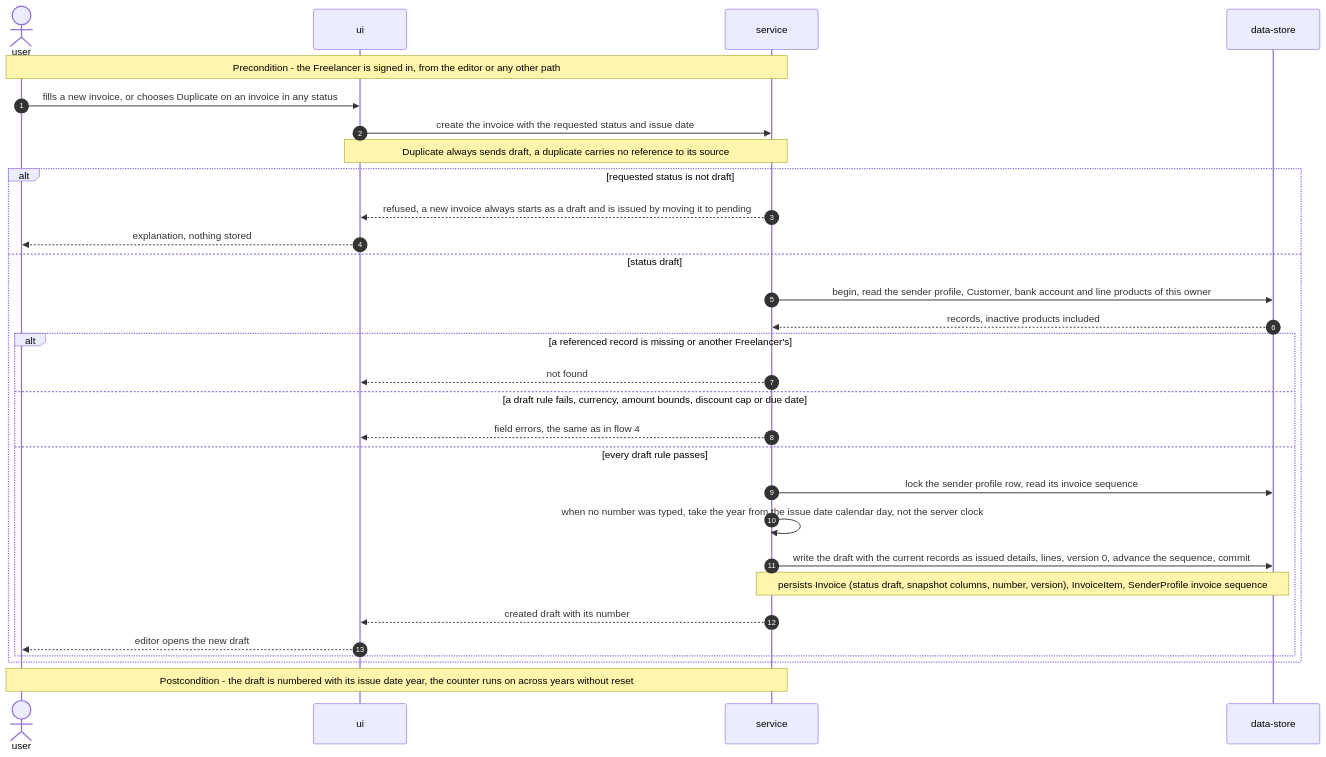
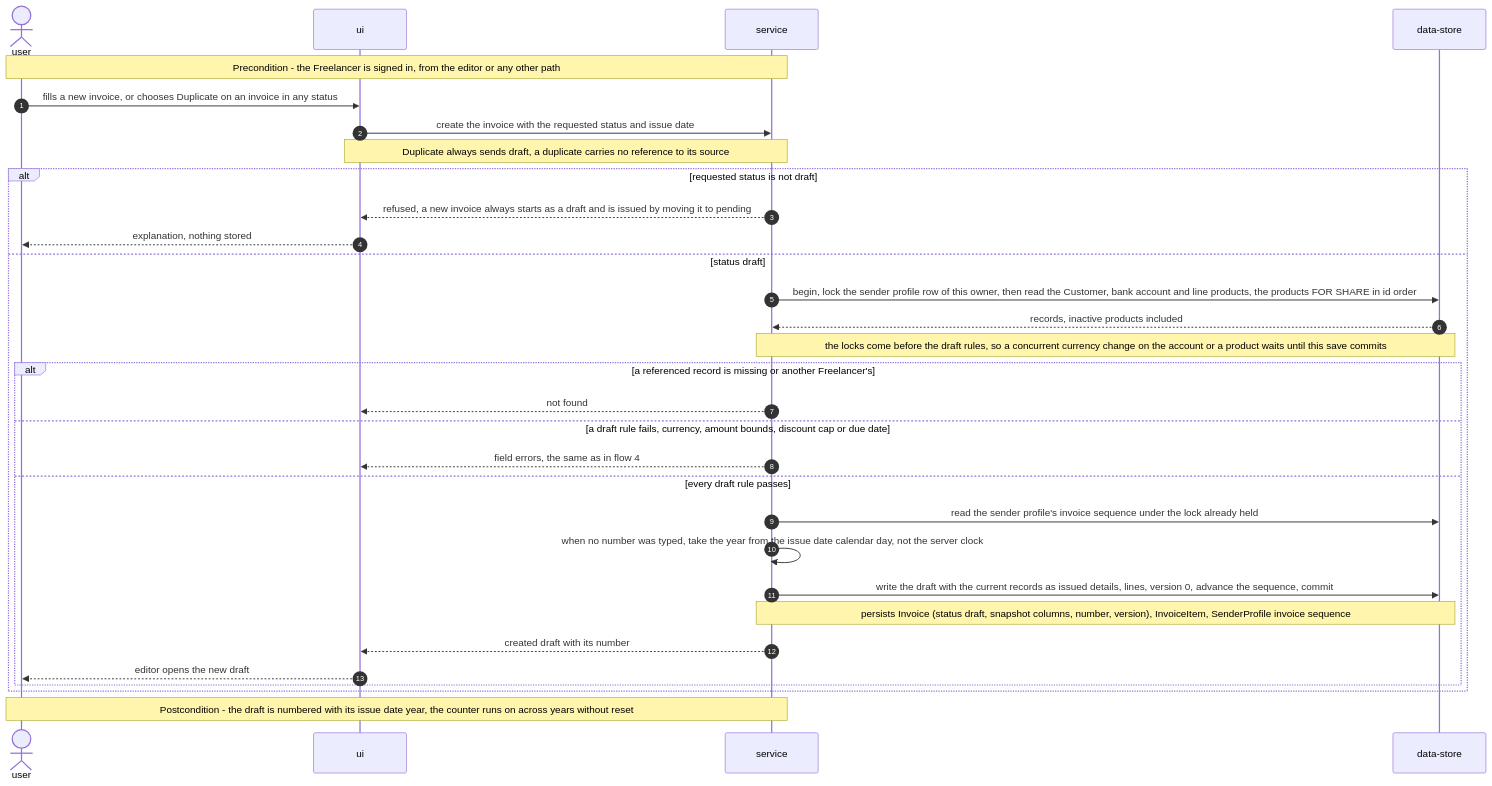
The fifth of 13 diagrams in docs/features/invoice-integrity/sad.md (GopkoDev/invoiceForge), drawn with Mermaid before and after one commit. The commit also changed other lines of this file and 4 other files, not shown here.

First line of the commit message:
docs(invoice-integrity): describe the invoice, sender-profile and product lock order

````diff
--- a/docs/features/invoice-integrity/sad.md
+++ b/docs/features/invoice-integrity/sad.md
@@ -269,33 +269,34 @@
 ```mermaid
 sequenceDiagram
     autonumber
     actor U as user
     participant UI as ui
     participant S as service
     participant D as data-store
 
     Note over U,S: Precondition - the Freelancer is signed in, from the editor or any other path
     U->>UI: fills a new invoice, or chooses Duplicate on an invoice in any status
     UI->>S: create the invoice with the requested status and issue date
     Note over UI,S: Duplicate always sends draft, a duplicate carries no reference to its source
     alt requested status is not draft
         S-->>UI: refused, a new invoice always starts as a draft and is issued by moving it to pending
         UI-->>U: explanation, nothing stored
     else status draft
-        S->>D: begin, read the sender profile, Customer, bank account and line products of this owner
+        S->>D: begin, lock the sender profile row of this owner, then read the Customer, bank account and line products, the products FOR SHARE in id order
         D-->>S: records, inactive products included
+        Note over S,D: the locks come before the draft rules, so a concurrent currency change on the account or a product waits until this save commits
         alt a referenced record is missing or another Freelancer's
             S-->>UI: not found
         else a draft rule fails, currency, amount bounds, discount cap or due date
             S-->>UI: field errors, the same as in flow 4
         else every draft rule passes
-            S->>D: lock the sender profile row, read its invoice sequence
+            S->>D: read the sender profile's invoice sequence under the lock already held
             S->>S: when no number was typed, take the year from the issue date calendar day, not the server clock
             S->>D: write the draft with the current records as issued details, lines, version 0, advance the sequence, commit
             Note over S,D: persists Invoice (status draft, snapshot columns, number, version), InvoiceItem, SenderProfile invoice sequence
             S-->>UI: created draft with its number
             UI-->>U: editor opens the new draft
         end
     end
     Note over U,S: Postcondition - the draft is numbered with its issue date year, the counter runs on across years without reset
 ```
````
